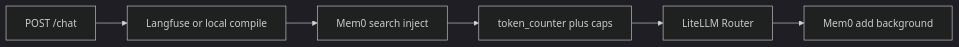
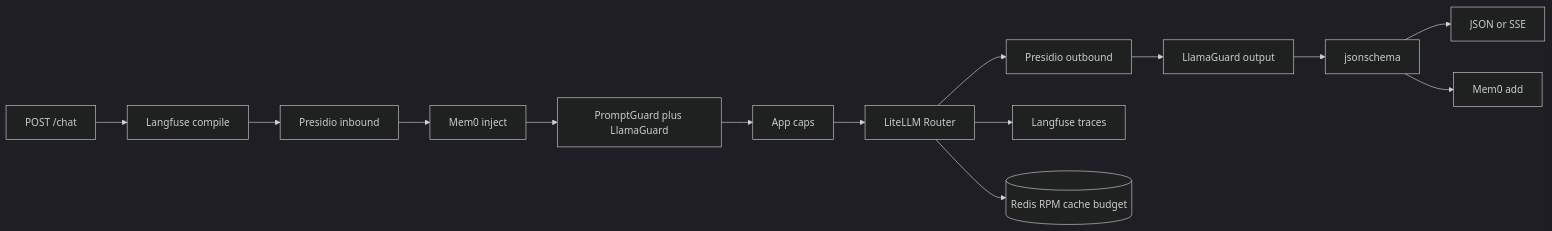
One commit to M1ndSmith/ReaLLM changed the diagram in docs/architecture.md. Above: the diagram before and after it, drawn with Mermaid (dark theme). The commit also changed other lines of this file and 53 other files, not shown here.

````diff
--- a/docs/architecture.md
+++ b/docs/architecture.md
@@ -11,8 +11,16 @@
 ```mermaid
 flowchart LR
-  req[POST /chat] --> prompts[Langfuse or local compile]
-  prompts --> mem[Mem0 search inject]
-  mem --> budget[token_counter plus caps]
+  req[POST /chat] --> prompts[Langfuse compile]
+  prompts --> piiIn[Presidio inbound]
+  piiIn --> mem[Mem0 inject]
+  mem --> guardIn[PromptGuard plus LlamaGuard]
+  guardIn --> budget[App caps]
   budget --> router[LiteLLM Router]
-  router --> add[Mem0 add background]
+  router --> piiOut[Presidio outbound]
+  piiOut --> guardOut[LlamaGuard output]
+  guardOut --> schema[jsonschema]
+  schema --> client[JSON or SSE]
+  schema --> memAdd[Mem0 add]
+  router --> obs[Langfuse traces]
+  router --> redis[(Redis RPM cache budget)]
 ```
````
